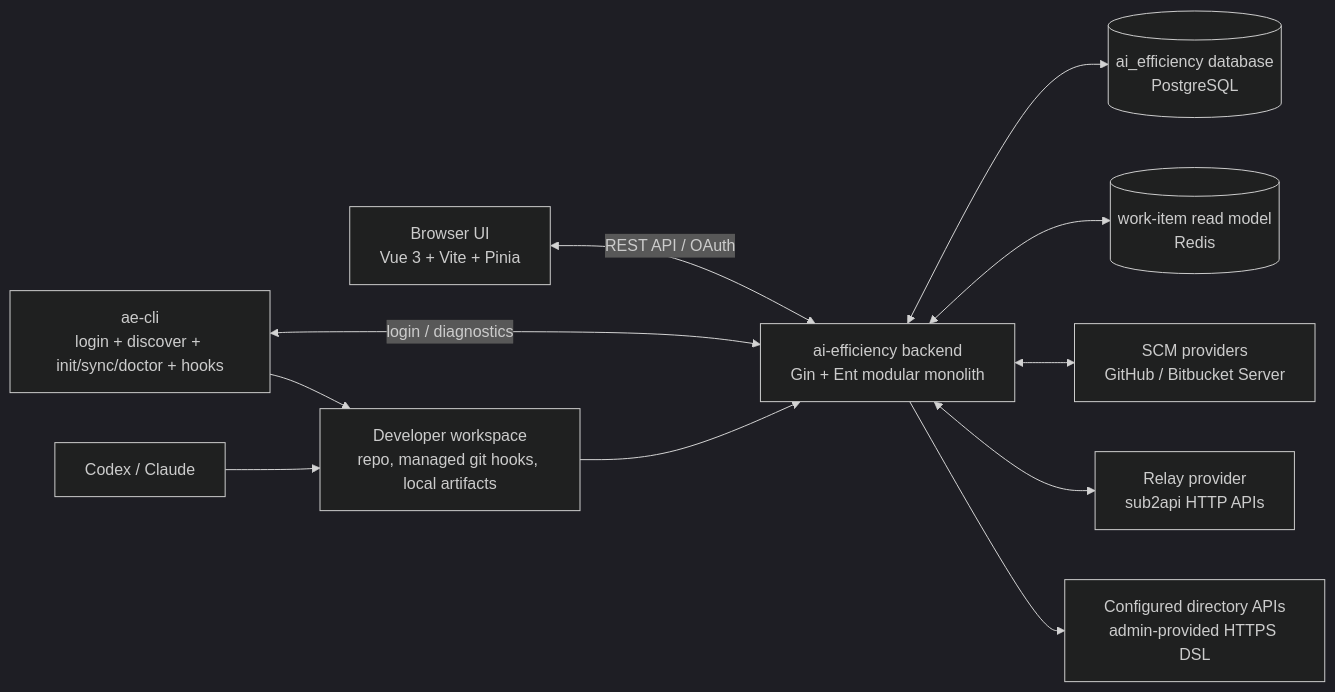
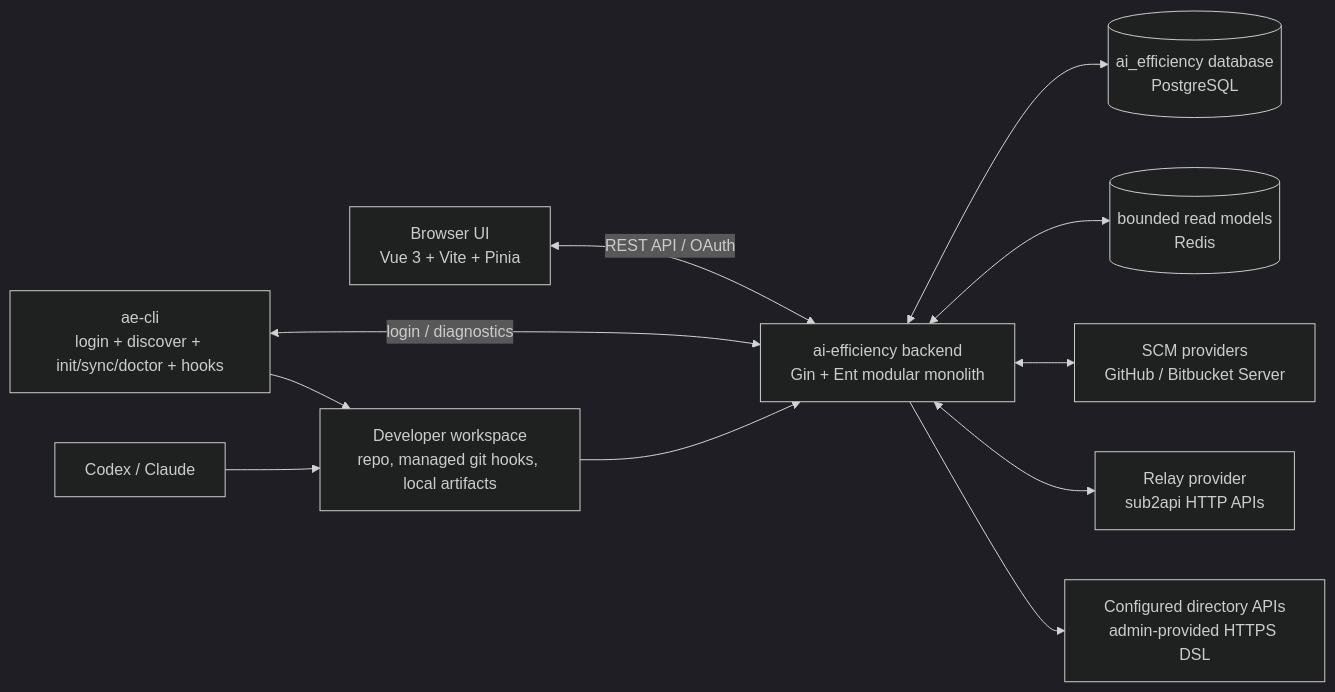
One commit to LichKing-2234/ai-efficiency changed the first of 4 diagrams in docs/architecture.md. Above: the diagram before and after it, drawn with Mermaid (dark theme). The commit also changed other lines of this file and 16 other files, not shown here.

````diff
--- a/docs/architecture.md
+++ b/docs/architecture.md
@@ -38,24 +38,24 @@
 ```mermaid
 flowchart LR
     Browser["Browser UI<br/>Vue 3 + Vite + Pinia"]
     CLI["ae-cli<br/>login + discover + init/sync/doctor + hooks"]
     Tool["Codex / Claude"]
     Backend["ai-efficiency backend<br/>Gin + Ent modular monolith"]
     DB[("ai_efficiency database<br/>PostgreSQL")]
-    Redis[("work-item read model<br/>Redis")]
+    Redis[("bounded read models<br/>Redis")]
     SCM["SCM providers<br/>GitHub / Bitbucket Server"]
     Relay["Relay provider<br/>sub2api HTTP APIs"]
     Directory["Configured directory APIs<br/>admin-provided HTTPS DSL"]
     Workspace["Developer workspace<br/>repo, managed git hooks, local artifacts"]
 
     Browser <-->|REST API / OAuth| Backend
     CLI <-->|login / diagnostics| Backend
     CLI --> Workspace
     Tool --> Workspace
     Workspace --> Backend
     Backend <--> DB
     Backend <--> Redis
     Backend <--> SCM
     Backend <--> Relay
     Backend --> Directory
 ```
````
